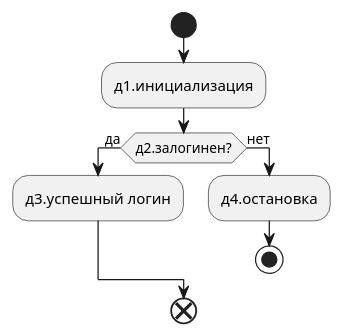
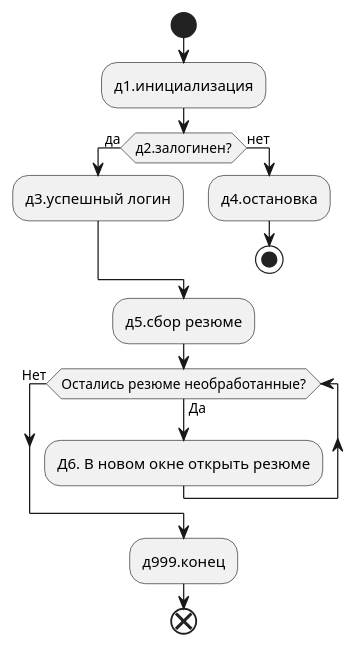
Before and after one commit to disuka/hh_auto_otklik: the diagram in hh-auto-extension-diagram.puml, drawn with PlantUML. The commit also changed 4 other files, not shown here.

Commit message:
v2: обновлено ТЗ и UML-диаграмма

```diff
--- a/hh-auto-extension-diagram.puml
+++ b/hh-auto-extension-diagram.puml
@@ -1,12 +1,17 @@
 @startuml
 start
 :д1.инициализация;
 if (д2.залогинен?) then (да)
     :д3.успешный логин;
 else (нет)
     :д4.остановка;
     stop
 endif
+:д5.cбор резюме;
+while (Остались резюме необработанные?) is (Да)
+  :Д6. В новом окне открыть резюме;
 
+endwhile (Нет)
+:д999.конец;
 end
 @enduml
```
